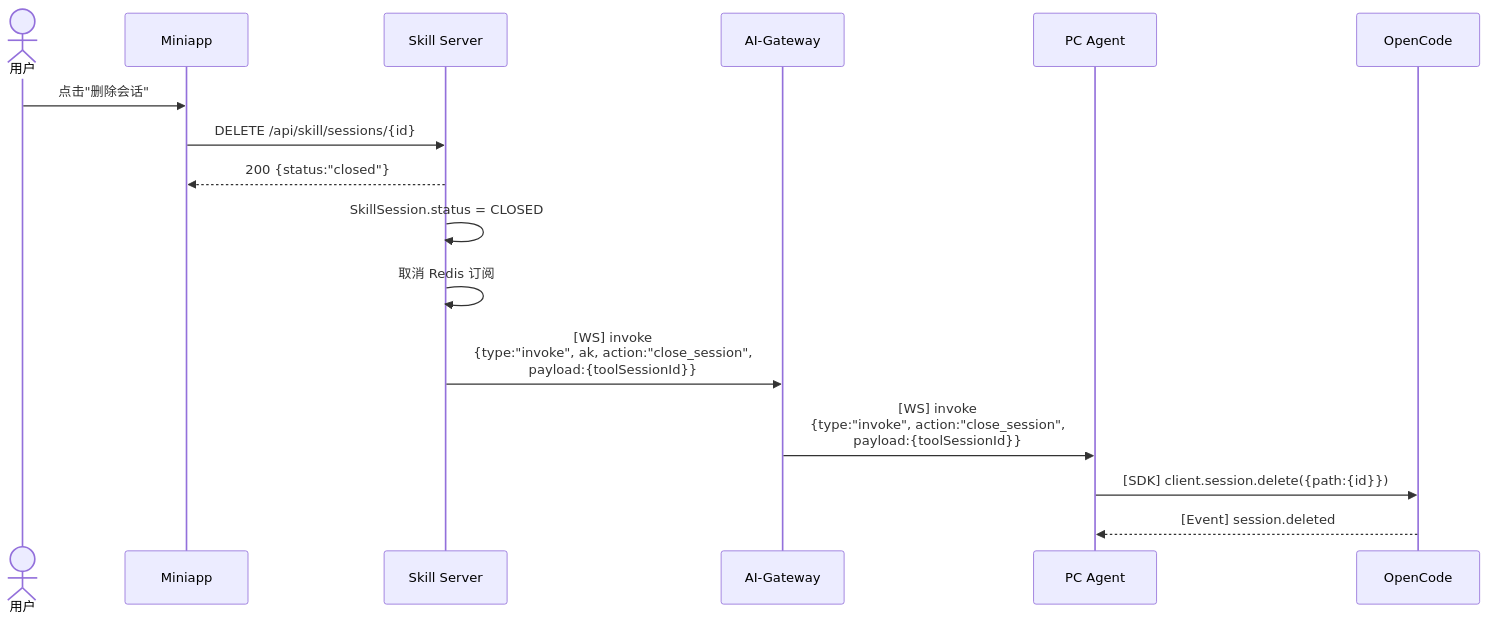
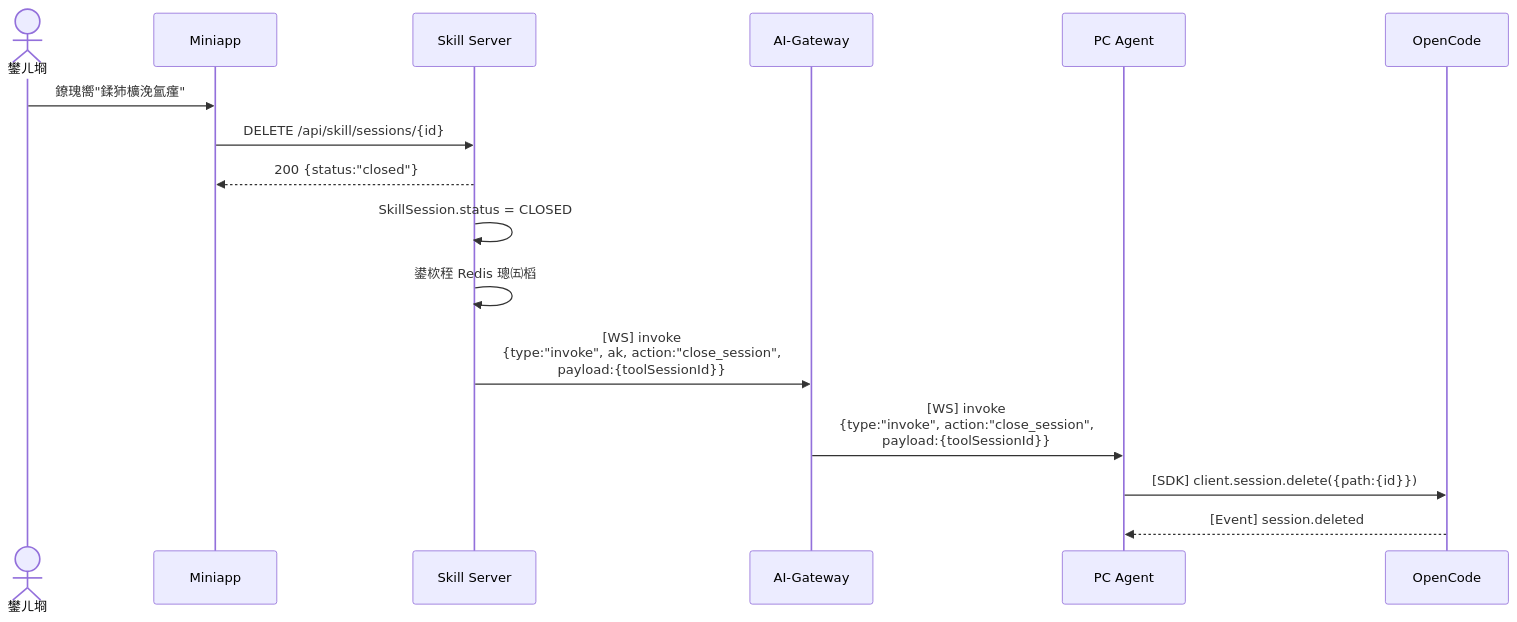
Before and after one commit to Llllviaaaa/opencode-CUI: the seventh of 10 diagrams in documents/protocol/00-protocol-overview.md, drawn with Mermaid. The commit also changed other lines of this file and 9 other files, not shown here.

````diff
--- a/documents/protocol/00-protocol-overview.md
+++ b/documents/protocol/00-protocol-overview.md
@@ -263,20 +263,20 @@
 ```mermaid
 sequenceDiagram
-    actor User as 用户
+    actor User as 鐢ㄦ埛
     participant MA as Miniapp
     participant SS as Skill Server
     participant GW as AI-Gateway
     participant PA as PC Agent
     participant OC as OpenCode
 
-    User->>MA: 点击"删除会话"
+    User->>MA: 鐐瑰嚮"鍒犻櫎浼氳瘽"
     MA->>SS: DELETE /api/skill/sessions/{id}
     SS-->>MA: 200 {status:"closed"}
     SS->>SS: SkillSession.status = CLOSED
-    SS->>SS: 取消 Redis 订阅
+    SS->>SS: 鍙栨秷 Redis 璁㈤槄
 
     SS->>GW: [WS] invoke<br/>{type:"invoke", ak, action:"close_session",<br/>payload:{toolSessionId}}
     GW->>PA: [WS] invoke<br/>{type:"invoke", action:"close_session",<br/>payload:{toolSessionId}}
     PA->>OC: [SDK] client.session.delete({path:{id}})
     OC-->>PA: [Event] session.deleted
 ```
````
